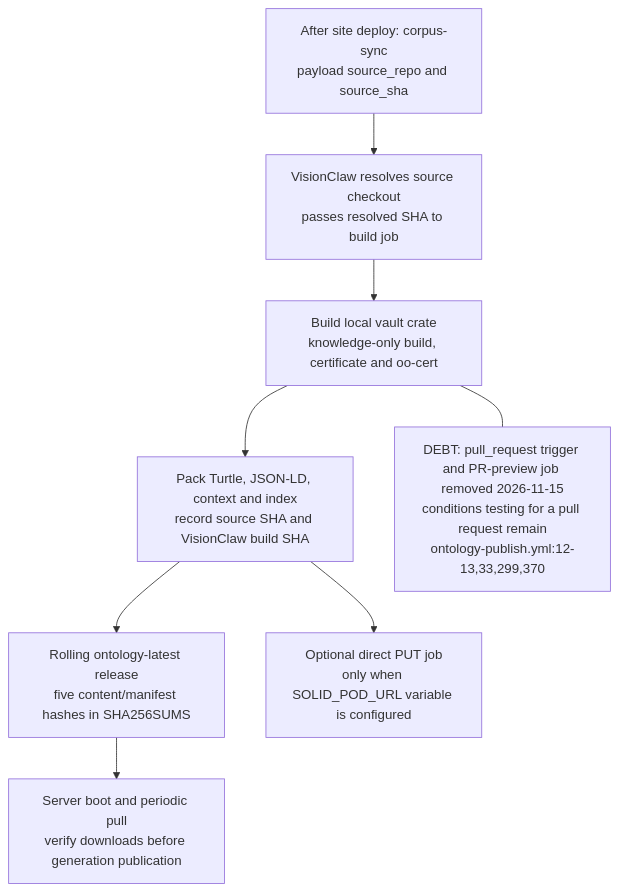
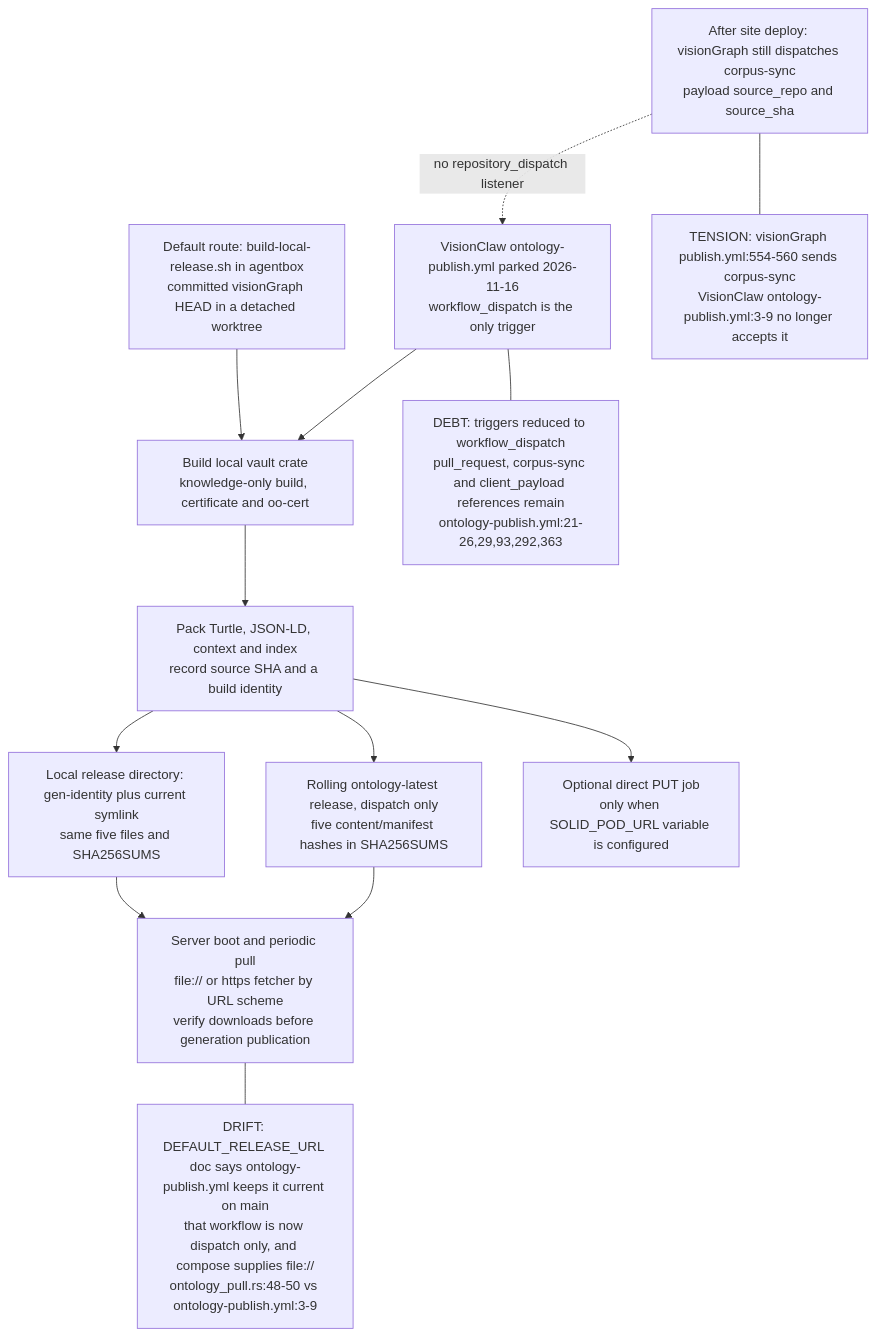
The first of 2 diagrams in docs/diagrams/visiongraph/04-downstream-contracts.md (DreamLab-AI/VisionFlow), drawn with Mermaid before and after one commit. The commit also changed other lines of this file and 5 other files, not shown here.

First line of the commit message:
diagrams(small-b): re-verify KG-06, VK-02/03/05, VG-01/04 at pinned heads

````diff
--- a/docs/diagrams/visiongraph/04-downstream-contracts.md
+++ b/docs/diagrams/visiongraph/04-downstream-contracts.md
@@ -30,28 +32,44 @@
 ```mermaid
 flowchart TB
-    EVENT["After site deploy: corpus-sync<br/>payload source_repo and source_sha"]
-    SOURCE["VisionClaw resolves source checkout<br/>passes resolved SHA to build job"]
+    EVENT["After site deploy: visionGraph still dispatches corpus-sync<br/>payload source_repo and source_sha"]
+    PARK["VisionClaw ontology-publish.yml parked 2026-11-16<br/>workflow_dispatch is the only trigger"]
+    LOCAL["Default route: build-local-release.sh in agentbox<br/>committed visionGraph HEAD in a detached worktree"]
     BUILD["Build local vault crate<br/>knowledge-only build, certificate and oo-cert"]
-    PACK["Pack Turtle, JSON-LD, context and index<br/>record source SHA and VisionClaw build SHA"]
-    RELEASE["Rolling ontology-latest release<br/>five content/manifest hashes in SHA256SUMS"]
-    PULL["Server boot and periodic pull<br/>verify downloads before generation publication"]
+    PACK["Pack Turtle, JSON-LD, context and index<br/>record source SHA and a build identity"]
+    RELEASE["Rolling ontology-latest release, dispatch only<br/>five content/manifest hashes in SHA256SUMS"]
+    GEN["Local release directory: gen-identity plus current symlink<br/>same five files and SHA256SUMS"]
+    PULL["Server boot and periodic pull<br/>file:// or https fetcher by URL scheme<br/>verify downloads before generation publication"]
     PUSH["Optional direct PUT job<br/>only when SOLID_POD_URL variable is configured"]
-    EVENT --> SOURCE --> BUILD --> PACK --> RELEASE --> PULL
+    EVENT -.->|"no repository_dispatch listener"| PARK
+    PARK --> BUILD --> PACK --> RELEASE --> PULL
+    LOCAL --> BUILD
+    PACK --> GEN --> PULL
     PACK --> PUSH
-    NOTE["DEBT: pull_request trigger and PR-preview job removed 2026-11-15<br/>conditions testing for a pull request remain<br/>ontology-publish.yml:12-13,33,299,370"]
-    BUILD --- NOTE
-    %% Source: project/.github/workflows/ontology-publish.yml:12
-    %% Source: project/.github/workflows/ontology-publish.yml:33
-    %% Source: project/.github/workflows/ontology-publish.yml:299
+    TENSION["TENSION: visionGraph publish.yml:554-560 sends corpus-sync<br/>VisionClaw ontology-publish.yml:3-9 no longer accepts it"]
+    EVENT --- TENSION
+    NOTE["DEBT: triggers reduced to workflow_dispatch<br/>pull_request, corpus-sync and client_payload references remain<br/>ontology-publish.yml:21-26,29,93,292,363"]
+    PARK --- NOTE
+    DEF["DRIFT: DEFAULT_RELEASE_URL doc says ontology-publish.yml keeps it current on main<br/>that workflow is now dispatch only, and compose supplies file://<br/>ontology_pull.rs:48-50 vs ontology-publish.yml:3-9"]
+    PULL --- DEF
+    %% Source: project/.github/workflows/ontology-publish.yml:3-9
+    %% Source: project/.github/workflows/ontology-publish.yml:26
+    %% Source: project/.github/workflows/ontology-publish.yml:292
     %% Source: visionGraph/.github/workflows/publish.yml:554
-    %% Source: project/.github/workflows/ontology-publish.yml:96
-    %% Source: project/.github/workflows/ontology-publish.yml:158
-    %% Source: project/.github/workflows/ontology-publish.yml:172
-    %% Source: project/.github/workflows/ontology-publish.yml:185
+    %% Source: project/.github/workflows/ontology-publish.yml:89
+    %% Source: project/.github/workflows/ontology-publish.yml:165
+    %% Source: project/.github/workflows/ontology-publish.yml:178
     %% Source: scripts/ontology/pack-pod-resources.py:116
-    %% Source: project/.github/workflows/ontology-publish.yml:314
-    %% Source: project/.github/workflows/ontology-publish.yml:370
-    %% Source: src/main.rs:927
-    %% Source: src/services/ontology_pull.rs:303
-    %% Source: src/services/ontology_pull.rs:403
+    %% Source: project/.github/workflows/ontology-publish.yml:307
+    %% Source: project/.github/workflows/ontology-publish.yml:363
+    %% Source: scripts/ontology/build-local-release.sh:60
+    %% Source: scripts/ontology/build-local-release.sh:62
+    %% Source: scripts/ontology/build-local-release.sh:66
+    %% Source: scripts/ontology/build-local-release.sh:79
+    %% Source: scripts/ontology/build-local-release.sh:111
+    %% Source: scripts/ontology/build-local-release.sh:116-118
+    %% Source: docker-compose.unified.yml:141
+    %% Source: src/main.rs:911
+    %% Source: src/services/ontology_pull.rs:184-189
+    %% Source: src/services/ontology_pull.rs:346
+    %% Source: src/services/ontology_pull.rs:446
 ```
````
